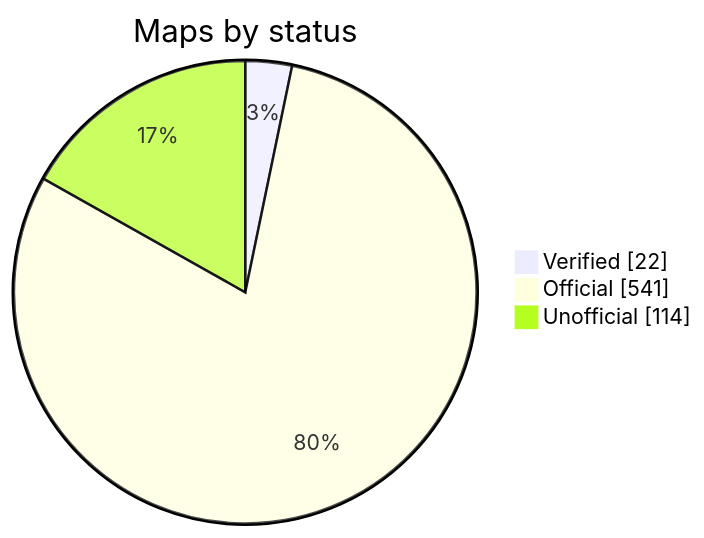
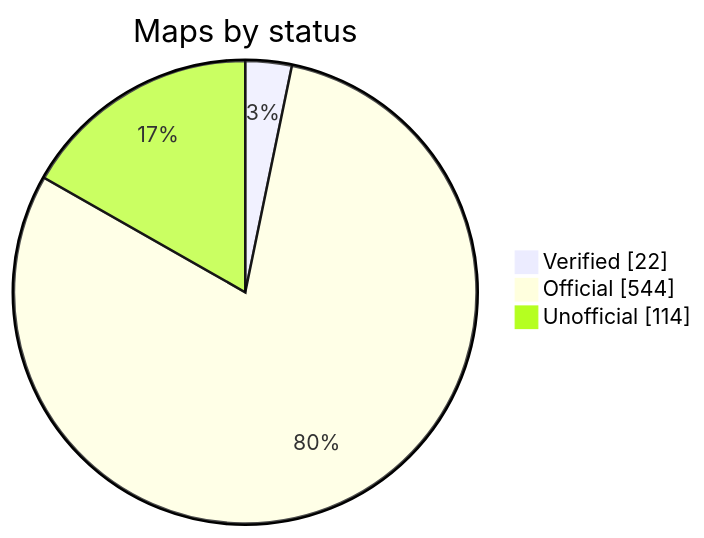
One commit to nobrega8/mbmap-library changed the diagram in README.md. Above: the diagram before and after it, drawn with Mermaid. The commit also changed 8 other files, not shown here.

````diff
--- a/README.md
+++ b/README.md
@@ -52,7 +52,7 @@
 ```mermaid
 pie showData
     title Maps by status
     "Verified" : 22
-    "Official" : 541
+    "Official" : 544
     "Unofficial" : 114
 ```
````
